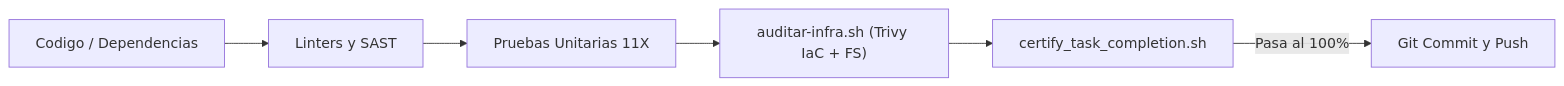
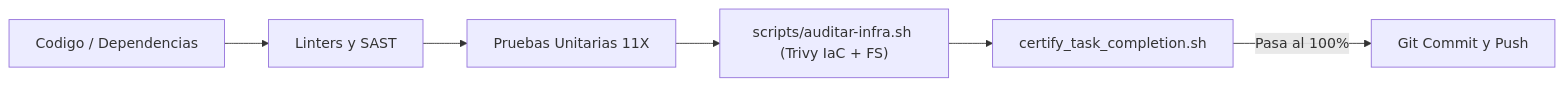
The second of 2 diagrams in SECURITY.md (tecno-consultores/qa-testing-blueprints), drawn with Mermaid before and after one commit. The commit also changed other lines of this file and 27 other files, not shown here.

````diff
--- a/SECURITY.md
+++ b/SECURITY.md
@@ -187,8 +194,8 @@
 ```mermaid
 flowchart LR
     DEV["Codigo / Dependencias"] --> LINT["Linters y SAST"]
     LINT --> TEST["Pruebas Unitarias 11X"]
-    TEST --> AUDIT["auditar-infra.sh (Trivy IaC + FS)"]
+    TEST --> AUDIT["scripts/auditar-infra.sh (Trivy IaC + FS)"]
     AUDIT --> GATE["certify_task_completion.sh"]
     GATE -->|"Pasa al 100%"| GIT["Git Commit y Push"]
 ```
````
